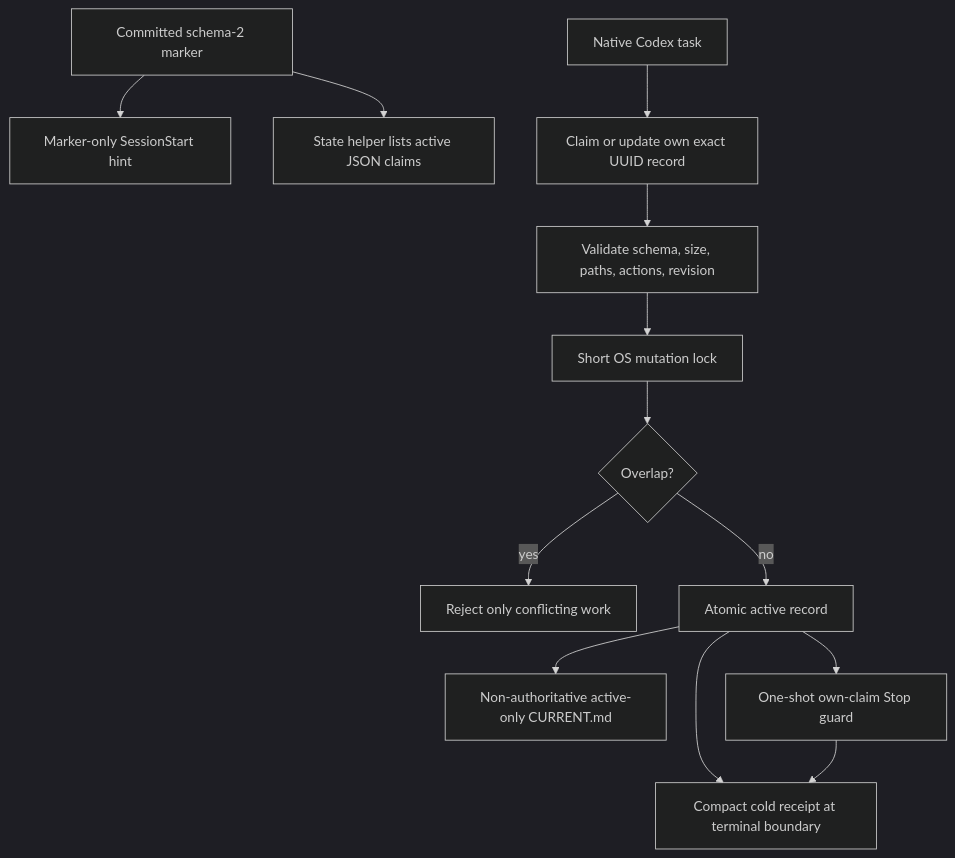
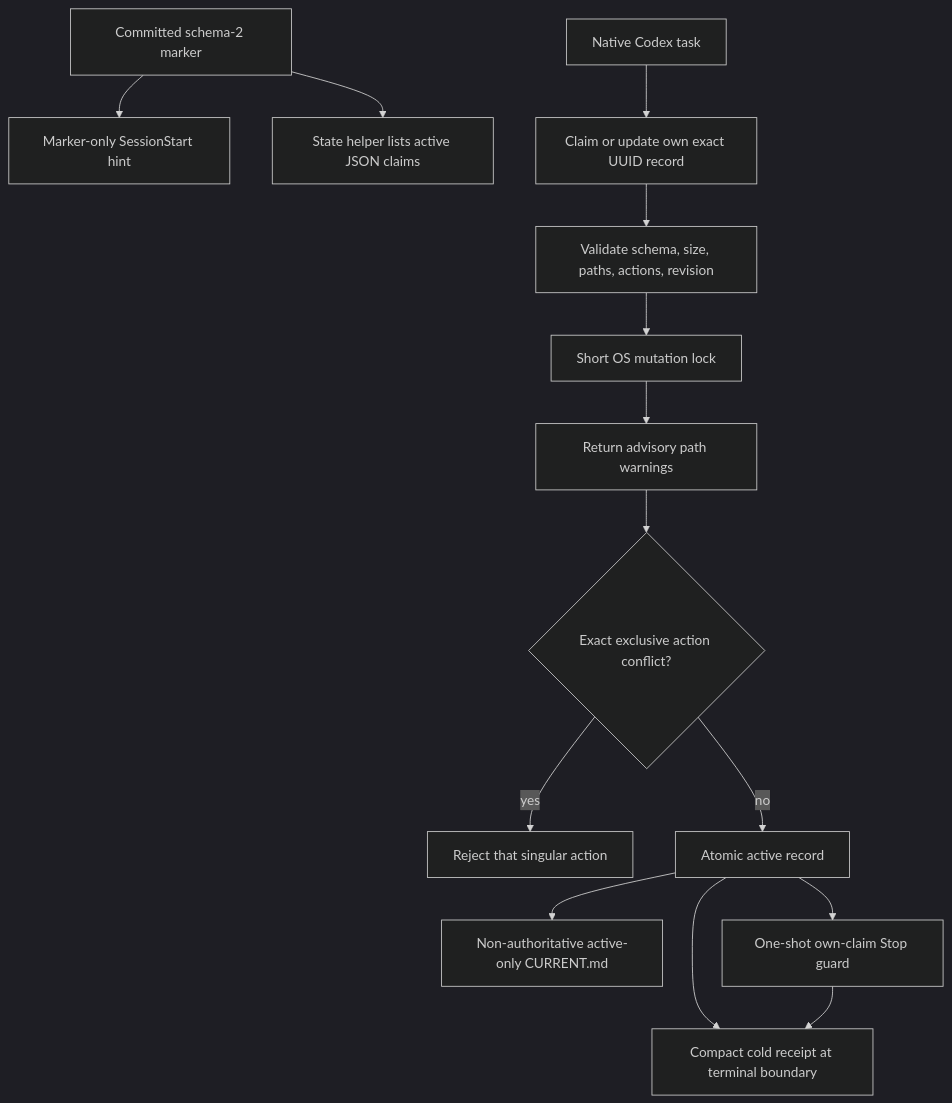
One commit to eyeinthesky6/codex-coordinator changed the diagram in docs/codebase/ARCHITECTURE.md. Above: the diagram before and after it, drawn with Mermaid (dark theme). The commit also changed other lines of this file and 30 other files, not shown here.

````diff
--- a/docs/codebase/ARCHITECTURE.md
+++ b/docs/codebase/ARCHITECTURE.md
@@ -22,15 +22,16 @@
 ```mermaid
 flowchart TD
     M["Committed schema-2 marker"] --> H["Marker-only SessionStart hint"]
     M --> L["State helper lists active JSON claims"]
     T["Native Codex task"] --> C["Claim or update own exact UUID record"]
     C --> V["Validate schema, size, paths, actions, revision"]
     V --> K["Short OS mutation lock"]
-    K --> X{"Overlap?"}
-    X -- "yes" --> S["Reject only conflicting work"]
+    K --> W["Return advisory path warnings"]
+    W --> X{"Exact exclusive action conflict?"}
+    X -- "yes" --> S["Reject that singular action"]
     X -- "no" --> A["Atomic active record"]
     A --> P["Non-authoritative active-only CURRENT.md"]
     A --> R["Compact cold receipt at terminal boundary"]
     A --> G["One-shot own-claim Stop guard"]
     G --> R
 ```
````
